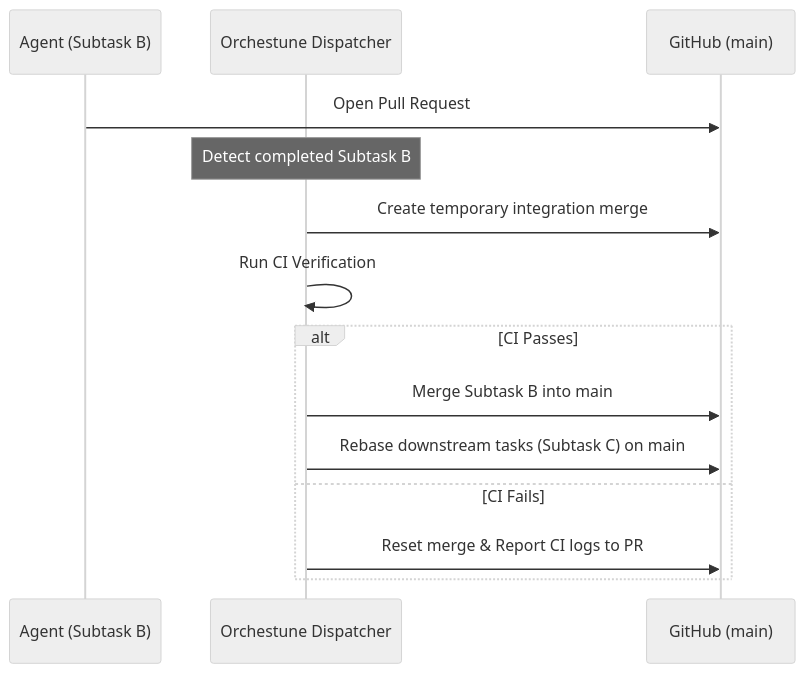
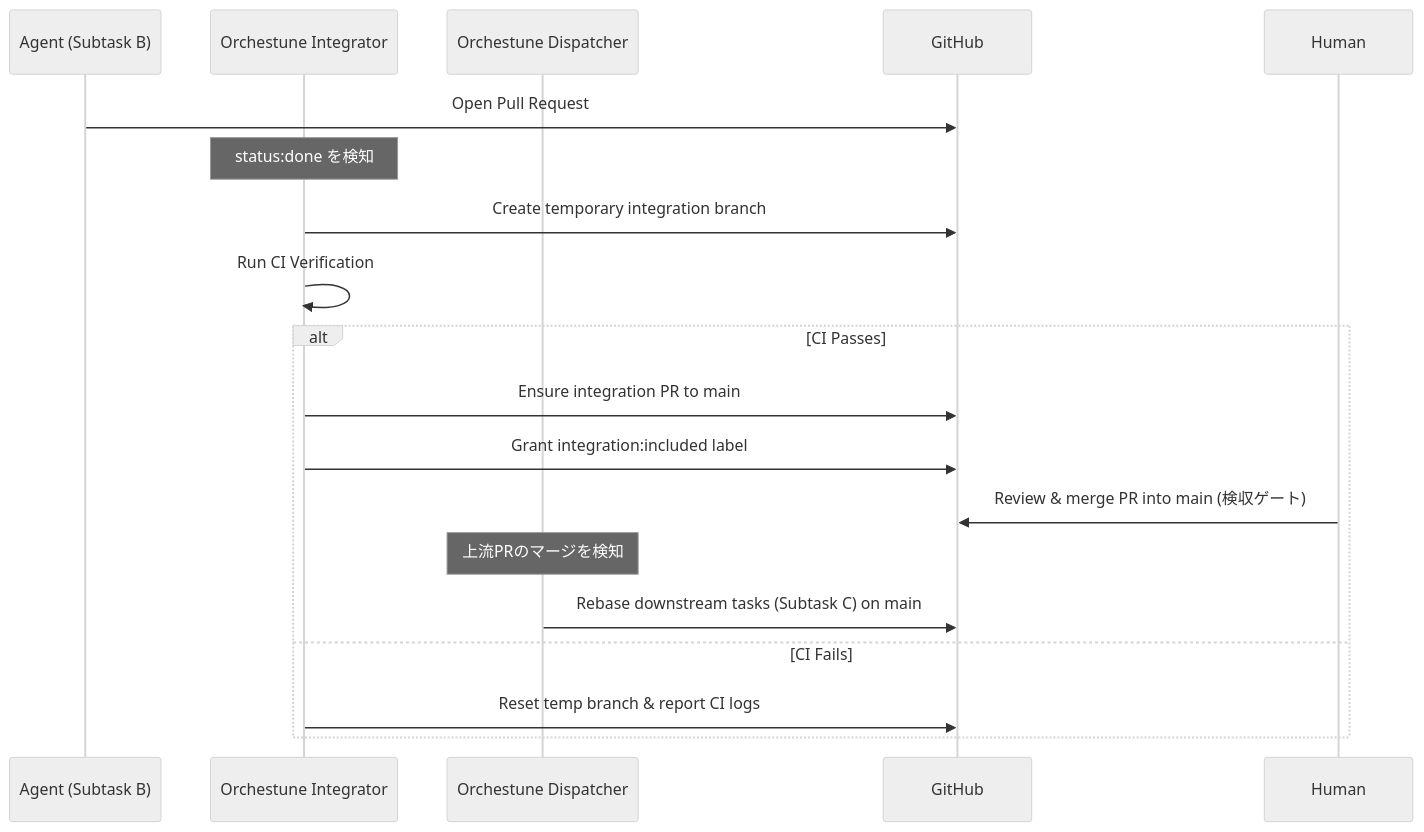
One commit to Saltmu/orchestune changed the second of 2 diagrams in docs/ja/architecture.md. Above: the diagram before and after it, drawn with Mermaid (neutral theme). The commit also changed other lines of this file, not shown here.

First line of the commit message:
docs: Dispatcher/Integratorの責務とmain統合の実態をarchitecture.mdへ反映

````diff
--- a/docs/ja/architecture.md
+++ b/docs/ja/architecture.md
@@ -57,17 +57,22 @@
 ```mermaid
 sequenceDiagram
     participant AG as Agent (Subtask B)
+    participant IG as Orchestune Integrator
     participant DP as Orchestune Dispatcher
-    participant GH as GitHub (main)
+    participant GH as GitHub
+    participant HU as Human
 
     AG->>GH: Open Pull Request
-    Note over DP: Detect completed Subtask B
-    DP->>GH: Create temporary integration merge
-    DP->>DP: Run CI Verification
+    Note over IG: status:done を検知
+    IG->>GH: Create temporary integration branch
+    IG->>IG: Run CI Verification
     alt CI Passes
-        DP->>GH: Merge Subtask B into main
+        IG->>GH: Ensure integration PR to main
+        IG->>GH: Grant integration:included label
+        HU->>GH: Review & merge PR into main (検収ゲート)
+        Note over DP: 上流PRのマージを検知
         DP->>GH: Rebase downstream tasks (Subtask C) on main
     else CI Fails
-        DP->>GH: Reset merge & Report CI logs to PR
+        IG->>GH: Reset temp branch & report CI logs
     end
 ```
````
